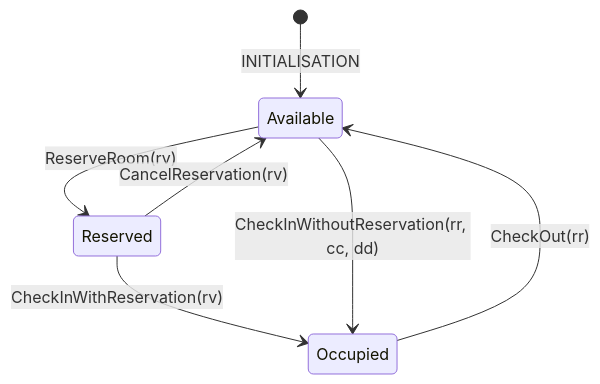
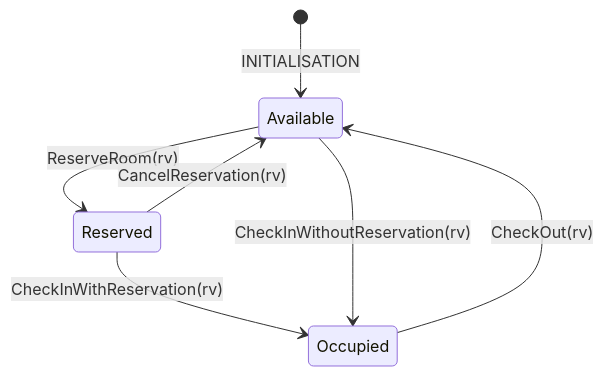
Before and after one commit to tkozakas/formal-methods: the diagram in assignments/A2-eventb-refinement/README.md, drawn with Mermaid. The commit also changed other lines of this file and 5 other files, not shown here.

````diff
--- a/assignments/A2-eventb-refinement/README.md
+++ b/assignments/A2-eventb-refinement/README.md
@@ -23,9 +23,9 @@
 ```mermaid
 stateDiagram-v2
     [*] --> Available : INITIALISATION
     Available --> Reserved : ReserveRoom(rv)
     Reserved --> Available : CancelReservation(rv)
     Reserved --> Occupied : CheckInWithReservation(rv)
-    Available --> Occupied : CheckInWithoutReservation(rr, cc, dd)
-    Occupied --> Available : CheckOut(rr)
+    Available --> Occupied : CheckInWithoutReservation(rv)
+    Occupied --> Available : CheckOut(rv)
 ```
````
